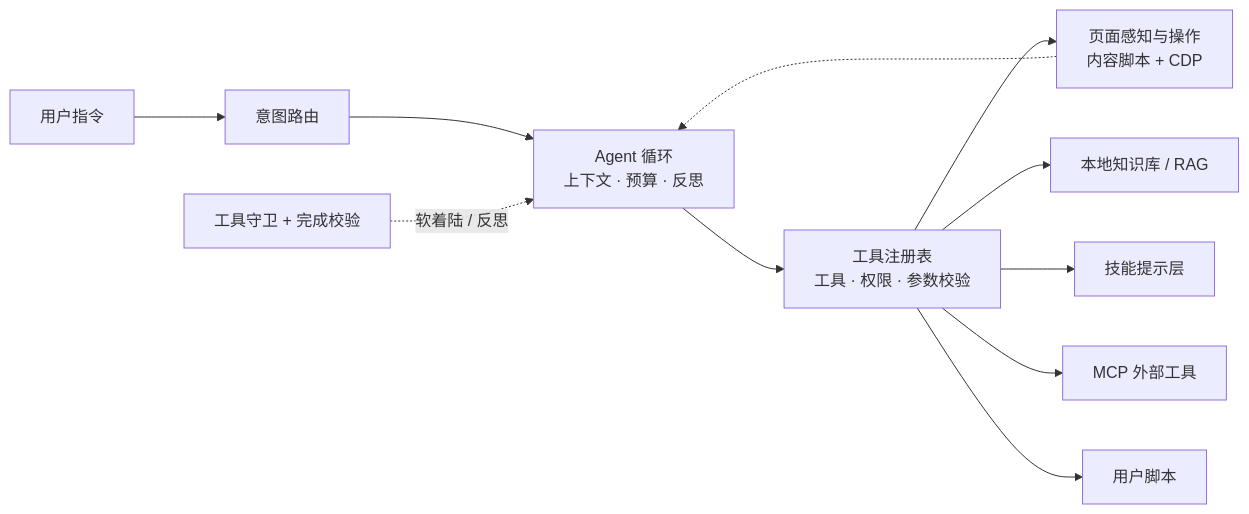
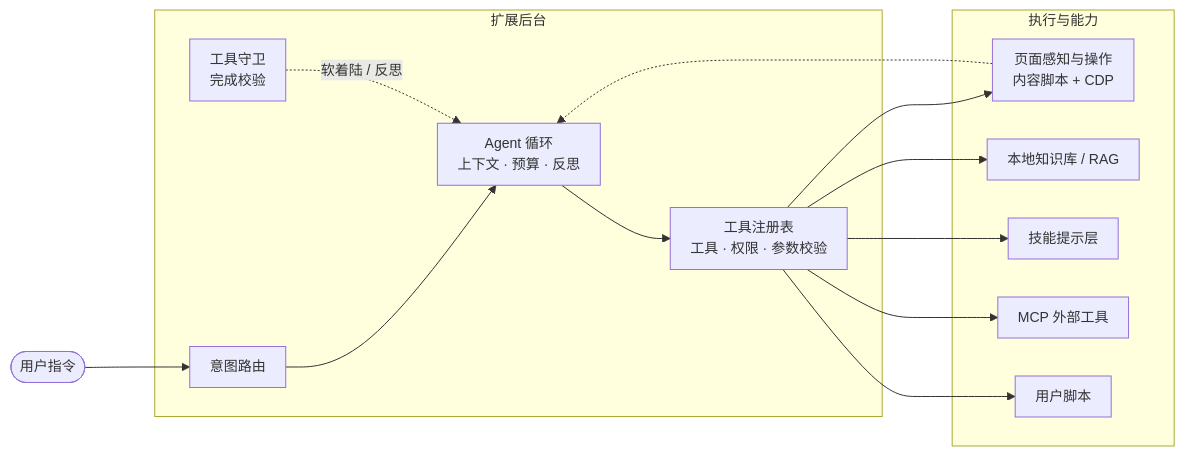
One commit to marioyyds/RecallFlow changed the first of 5 diagrams in README.md. Above: the diagram before and after it, drawn with Mermaid. The commit also changed other lines of this file and 1 other file, not shown here.

Commit message:
docs(readme): mermaid 图升级为带分组、编号与批注的样式
上一版把文字换成了图，但图本身是 mermaid 的默认样子。这一版在不引入配色的前提下
提升图的完成度。

每张图共用的做法：
- 加 %%{init}%% 调优布局与排版：贝塞尔曲线（curve: basis）、节点与层间距、
  统一字号。只动布局与排版，**不写任何颜色** —— 见下方说明。
- 起止节点改用胶囊形（(["…"])），与过程节点区分。
- 跨模块的回边用虚线，主路径用实线。

逐张：
- 架构：拆成「扩展后台」「执行与能力」两个带标题的分组框，把 8 个节点按职责归位，
  取代原先一条平铺的管线。
- 前端调试闭环 / 会话交接（时序图）：加 autonumber 步骤编号；关掉 mirrorActors ——
  默认会在底部再画一行参与者，去掉后版式紧凑一半；各加一个 Note 批注承载
  「断言与定位语义一致」「标识字母表与保留份数」这类约束。
- MCP 传输：桥接端口改用胶囊形表示汇聚点，「证据归档」路径换行显示。
- Agent 设计：区分「收到指令 / 交付回答」两个端点为胶囊形，回边标注失败原因。

**为什么不写死配色（关键决定）**：GitHub 会跟随用户主题渲染 mermaid。一旦在 init 或
classDef 里写死 fill / stroke，暗色主题下就会出现浅底浅字。因此本轮只用布局参数、
分组、形状、编号与批注这些**不依赖配色**的手段。已用本地 mermaid 12 按 light / dark
两套主题各渲染一遍并逐张检查，确认两套主题下都可读。

验证：
- 5 张图在 light / dark 两套主题下全部渲染成功（本地 mermaid 12.1 + 无头 Chrome）。
- tests/readme-mermaid.test.mjs 由 6 项扩到 9 项，新增：
  init 指令的 JSON 必须可解析（写错整张图会失败）；init 指令不得写死配色；
  classDef / style 不得写死颜色。已验证这些断言对「加了 primaryColor」「加了
  fill:#…」「style A stroke:#…」等写法都会失败。
- 同时修正门禁里「取首行判断图类型」的逻辑：现在需要跳过 %%{init}%% 指令行。

验证：571 项测试通过（568 + 新增 3）。check:prefix 与 check:const 通过。

````diff
--- a/README.md
+++ b/README.md
@@ -31,13 +31,26 @@
 ```mermaid
+%%{init: {"flowchart":{"curve":"basis","nodeSpacing":38,"rankSpacing":70,"padding":10},"themeVariables":{"fontSize":"14px"}}}%%
 flowchart LR
-    U["用户指令"] --> R["意图路由"]
-    R --> L["Agent 循环<br/>上下文 · 预算 · 反思"]
-    L --> T["工具注册表<br/>工具 · 权限 · 参数校验"]
-    T --> P["页面感知与操作<br/>内容脚本 + CDP"]
-    T --> K["本地知识库 / RAG"]
-    T --> S["技能提示层"]
-    T --> M["MCP 外部工具"]
-    T --> US["用户脚本"]
+    Q(["用户指令"])
+    subgraph BG["扩展后台"]
+        R["意图路由"]
+        L["Agent 循环<br/>上下文 · 预算 · 反思"]
+        T["工具注册表<br/>工具 · 权限 · 参数校验"]
+        G["工具守卫<br/>完成校验"]
+    end
+    subgraph EX["执行与能力"]
+        P["页面感知与操作<br/>内容脚本 + CDP"]
+        K["本地知识库 / RAG"]
+        S["技能提示层"]
+        M["MCP 外部工具"]
+        US["用户脚本"]
+    end
+    Q --> R --> L --> T
+    T --> P
+    T --> K
+    T --> S
+    T --> M
+    T --> US
     P -.-> L
-    G["工具守卫 + 完成校验"] -.->|软着陆 / 反思| L
+    G -.->|软着陆 / 反思| L
 ```
````
